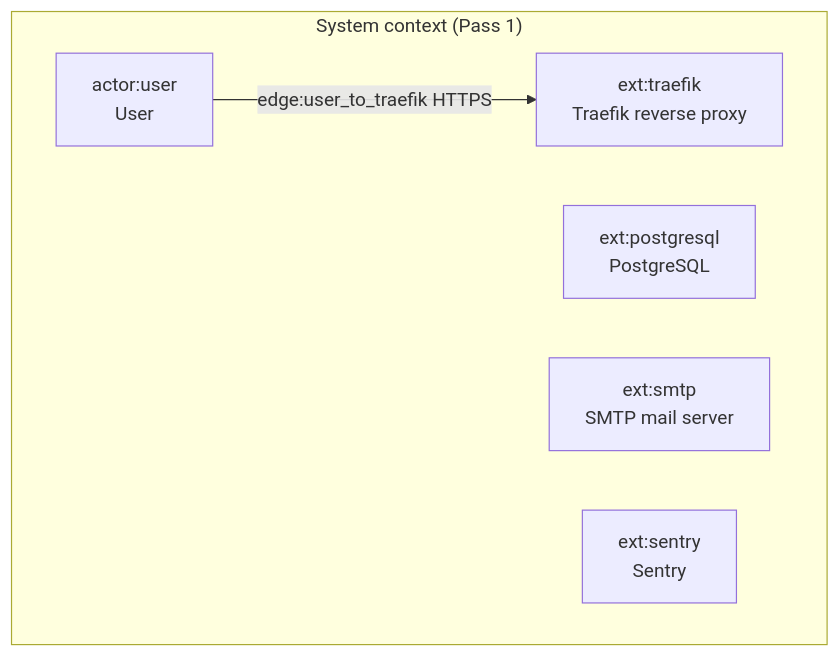
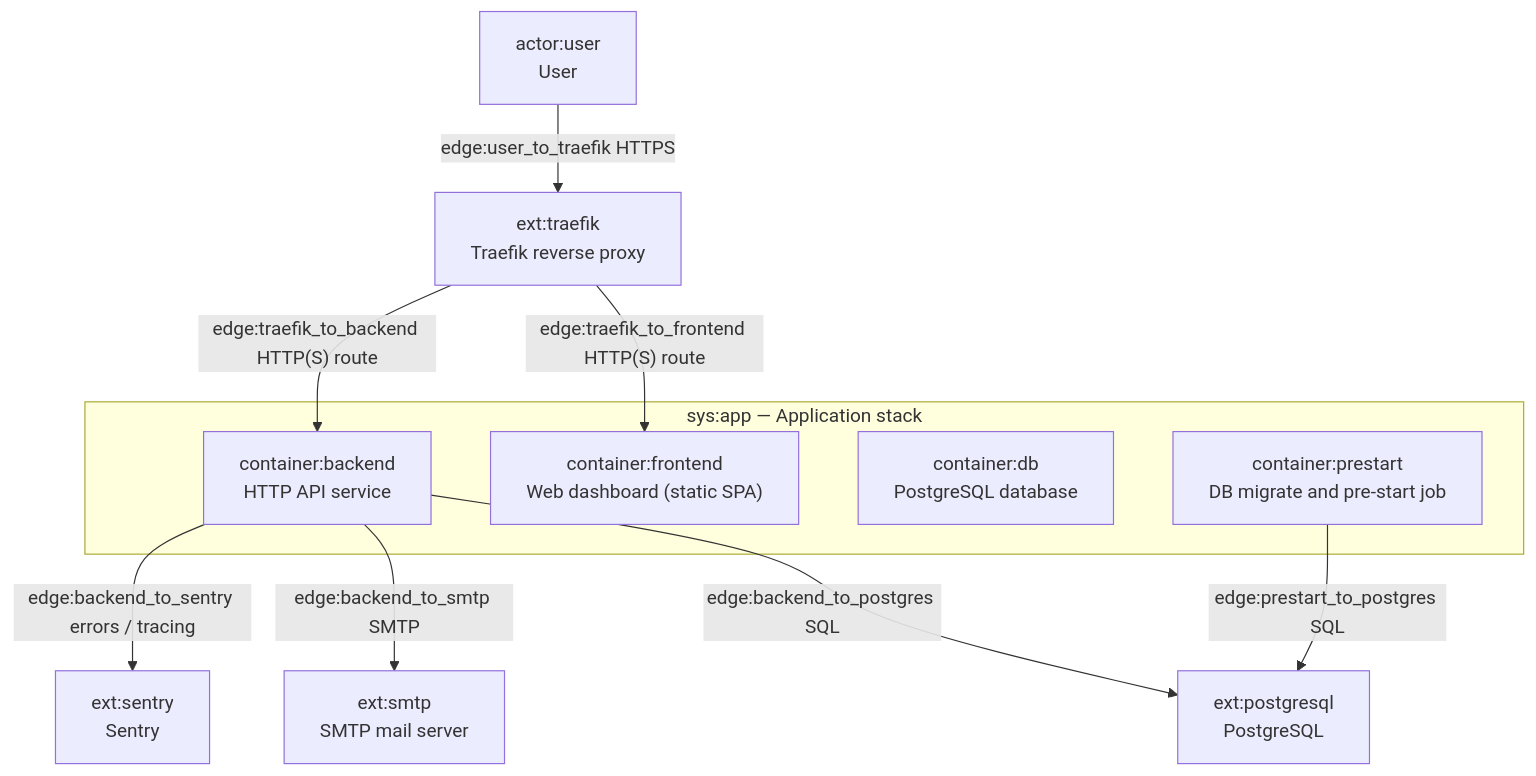
The diagram in docs/c4-live.mermaid.md (Decreen/decreen-arch-diff-demo), drawn with Mermaid before and after one commit. The commit also changed 3 other files, not shown here.

Commit message:
docs(c4): Pass 2 L2 — system boundary, containers, edges

````diff
--- a/docs/c4-live.mermaid.md
+++ b/docs/c4-live.mermaid.md
@@ -3,11 +3,23 @@
 ```mermaid
 flowchart TD
-  subgraph L1["System context (Pass 1)"]
-    actor_user["actor:user<br/>User"]
-    ext_pg["ext:postgresql<br/>PostgreSQL"]
-    ext_tr["ext:traefik<br/>Traefik reverse proxy"]
-    ext_smtp["ext:smtp<br/>SMTP mail server"]
-    ext_sentry["ext:sentry<br/>Sentry"]
-    actor_user -->|"edge:user_to_traefik HTTPS"| ext_tr
+  actor_user["actor:user<br/>User"]
+  ext_tr["ext:traefik<br/>Traefik reverse proxy"]
+  ext_pg["ext:postgresql<br/>PostgreSQL"]
+  ext_smtp["ext:smtp<br/>SMTP mail server"]
+  ext_sentry["ext:sentry<br/>Sentry"]
+
+  subgraph sys_app["sys:app — Application stack"]
+    c_fe["container:frontend<br/>Web dashboard (static SPA)"]
+    c_be["container:backend<br/>HTTP API service"]
+    c_db["container:db<br/>PostgreSQL database"]
+    c_pre["container:prestart<br/>DB migrate and pre-start job"]
   end
+
+  actor_user -->|"edge:user_to_traefik HTTPS"| ext_tr
+  ext_tr -->|"edge:traefik_to_frontend HTTP(S) route"| c_fe
+  ext_tr -->|"edge:traefik_to_backend HTTP(S) route"| c_be
+  c_be -->|"edge:backend_to_postgres SQL"| ext_pg
+  c_be -->|"edge:backend_to_smtp SMTP"| ext_smtp
+  c_be -->|"edge:backend_to_sentry errors / tracing"| ext_sentry
+  c_pre -->|"edge:prestart_to_postgres SQL"| ext_pg
 ```
````
